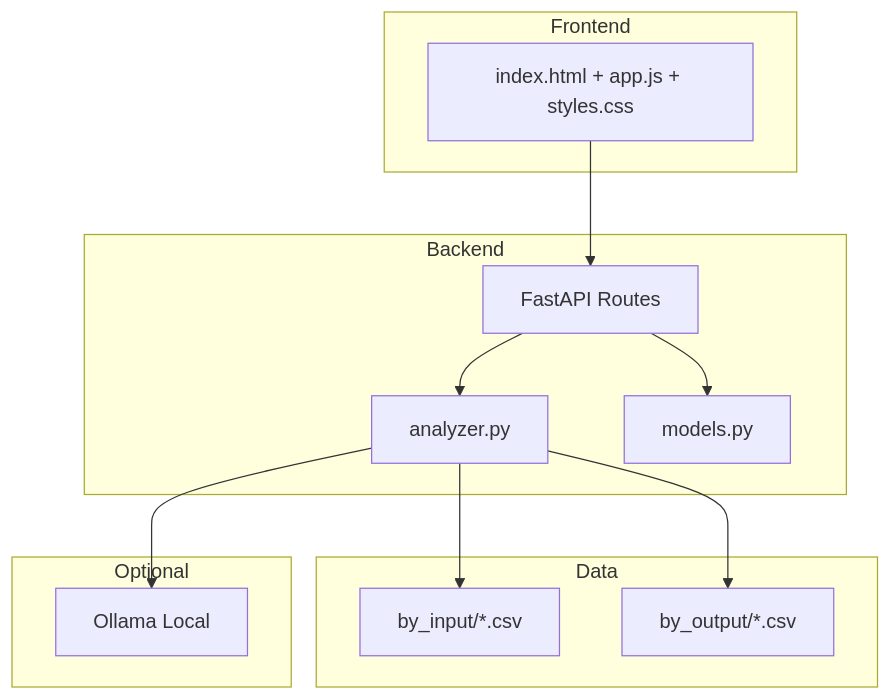
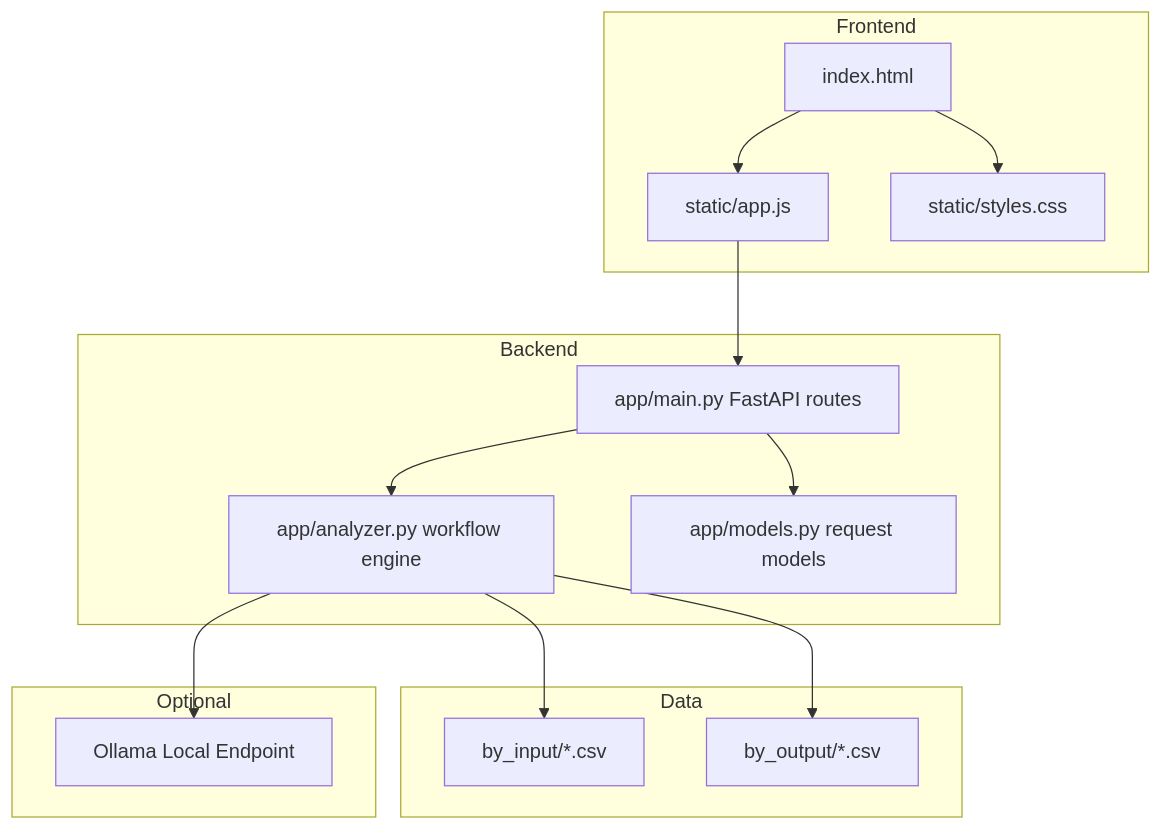
Before and after one commit to jyotiranjanojha/ifsupplystory: the second of 3 diagrams in README.md, drawn with Mermaid. The commit also changed other lines of this file and 8 other files, not shown here.

````diff
--- a/README.md
+++ b/README.md
@@ -55,28 +106,32 @@
 ```mermaid
 flowchart TB
   subgraph Frontend
-    UI[index.html + app.js + styles.css]
+    UI[index.html]
+    JS[static/app.js]
+    CSS[static/styles.css]
   end
 
   subgraph Backend
-    API[FastAPI Routes]
-    Analyzer[analyzer.py]
-    Models[models.py]
+    API[app/main.py FastAPI routes]
+    ANALYZER[app/analyzer.py workflow engine]
+    MODELS[app/models.py request models]
   end
 
   subgraph Data
     IN[by_input/*.csv]
     OUT[by_output/*.csv]
   end
 
   subgraph Optional
-    LLM[Ollama Local]
+    OLLAMA[Ollama Local Endpoint]
   end
 
-  UI --> API
-  API --> Models
-  API --> Analyzer
-  Analyzer --> IN
-  Analyzer --> OUT
-  Analyzer --> LLM
+  UI --> JS
+  UI --> CSS
+  JS --> API
+  API --> MODELS
+  API --> ANALYZER
+  ANALYZER --> IN
+  ANALYZER --> OUT
+  ANALYZER --> OLLAMA
 ```
````
